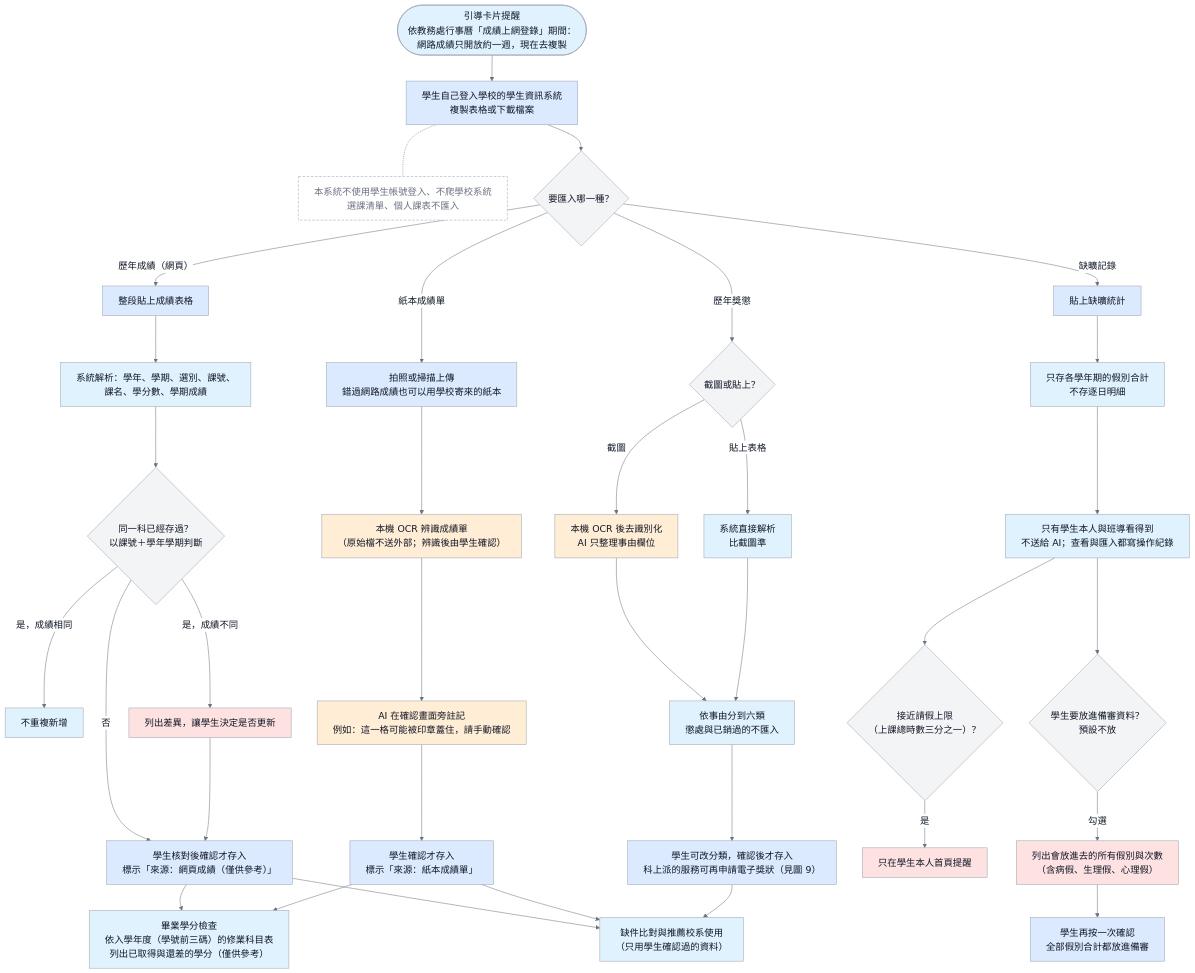
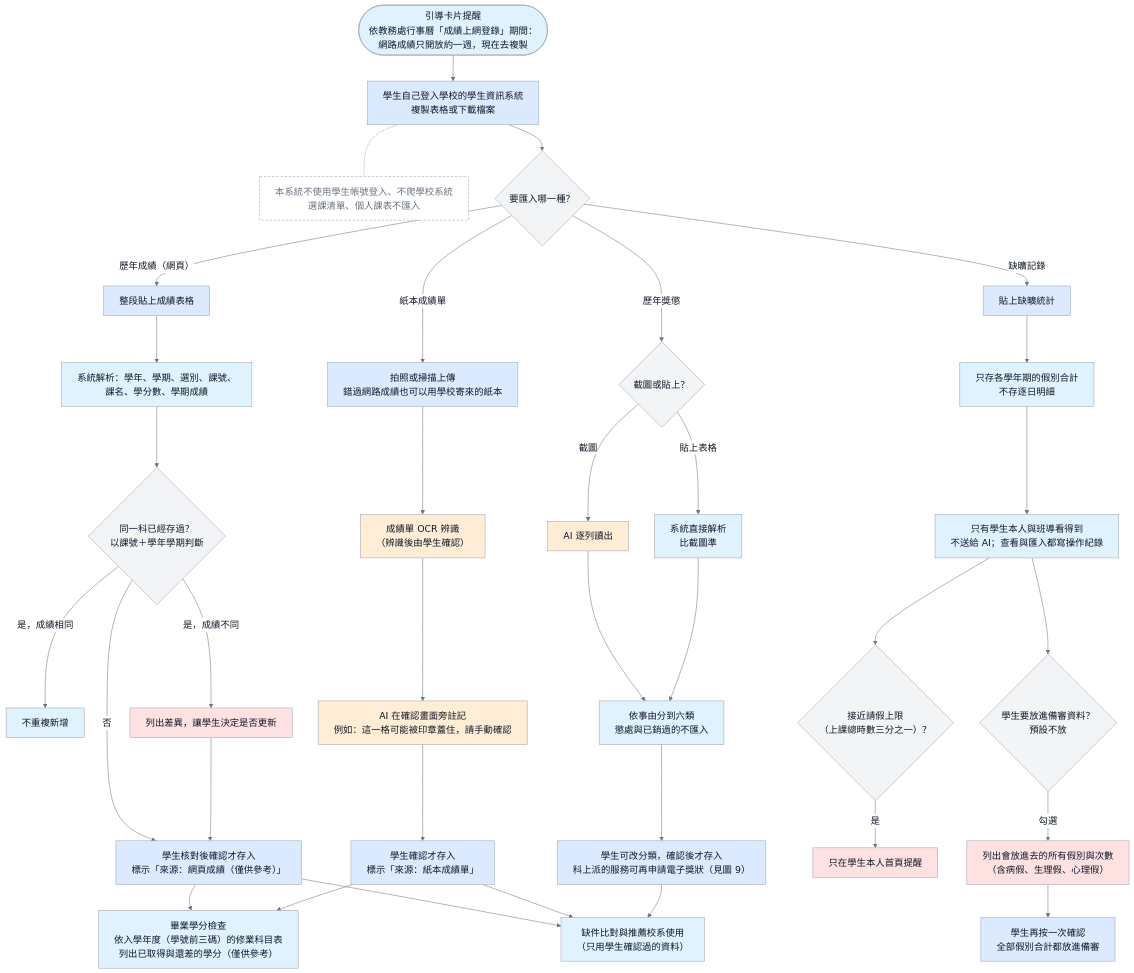
Before and after one commit to 111534107/smart-learning-portfolio-main: the diagram in docs/images/D-21-school-data-import-flow.mmd, drawn with Mermaid. The commit also changed 841 other files, not shown here.

```diff
--- a/docs/images/D-21-school-data-import-flow.mmd
+++ b/docs/images/D-21-school-data-import-flow.mmd
@@ -1,46 +1,46 @@
 %%{init: {'theme':'base','themeVariables': {'fontSize':'18px','fontFamily':'DFKai-SB, BiauKai, serif','primaryColor':'#F3F4F6','primaryTextColor':'#111827','primaryBorderColor':'#9CA3AF','lineColor':'#6B7280','edgeLabelBackground':'#FFFFFF'},'flowchart':{'wrappingWidth':400}}}%%
 flowchart TD
     classDef student fill:#DBEAFE,stroke:#9CA3AF,color:#111827,stroke-width:1px;
     classDef teacher fill:#DCFCE7,stroke:#9CA3AF,color:#111827,stroke-width:1px;
     classDef system fill:#E0F2FE,stroke:#9CA3AF,color:#111827,stroke-width:1px;
     classDef ai fill:#FFEDD5,stroke:#9CA3AF,color:#111827,stroke-width:1px;
     classDef alert fill:#FEE2E2,stroke:#9CA3AF,color:#111827,stroke-width:1px;
     classDef note fill:#FFFFFF,stroke:#9CA3AF,color:#6B7280,stroke-width:1px,stroke-dasharray:5 3;
 
     Card([引導卡片提醒<br/>依教務處行事曆「成績上網登錄」期間：<br/>網路成績只開放約一週，現在去複製]):::system --> Login[學生自己登入學校的學生資訊系統<br/>複製表格或下載檔案]:::student
     Login -.- Rule[本系統不使用學生帳號登入、不爬學校系統<br/>選課清單、個人課表不匯入]:::note
     Login --> Kind{要匯入哪一種？}
 
     Kind -- 歷年成績（網頁） --> PasteGrade[整段貼上成績表格]:::student
     PasteGrade --> ParseGrade[系統解析：學年、學期、選別、課號、<br/>課名、學分數、學期成績]:::system
     ParseGrade --> Dup{同一科已經存過？<br/>以課號＋學年學期判斷}
     Dup -- 是，成績相同 --> Skip[不重複新增]:::system
     Dup -- 是，成績不同 --> Diff[列出差異，讓學生決定是否更新]:::alert
     Dup -- 否 --> GradeConfirm
     Diff --> GradeConfirm[學生核對後確認才存入<br/>標示「來源：網頁成績（僅供參考）」]:::student
     Kind -- 紙本成績單 --> Paper[拍照或掃描上傳<br/>錯過網路成績也可以用學校寄來的紙本]:::student
-    Paper --> OCR[本機 OCR 辨識成績單<br/>（原始檔不送外部；辨識後由學生確認）]:::ai
+    Paper --> OCR[成績單 OCR 辨識<br/>（辨識後由學生確認）]:::ai
     OCR --> OCRNote[AI 在確認畫面旁註記<br/>例如：這一格可能被印章蓋住，請手動確認]:::ai
     OCRNote --> PaperConfirm[學生確認才存入<br/>標示「來源：紙本成績單」]:::student
 
     Kind -- 歷年獎懲 --> AwardWay{截圖或貼上？}
-    AwardWay -- 截圖 --> AwardAI[本機 OCR 後去識別化<br/>AI 只整理事由欄位]:::ai
+    AwardWay -- 截圖 --> AwardAI[AI 逐列讀出]:::ai
     AwardWay -- 貼上表格 --> AwardParse[系統直接解析<br/>比截圖準]:::system
     AwardAI --> AwardSort[依事由分到六類<br/>懲處與已銷過的不匯入]:::system
     AwardParse --> AwardSort
     AwardSort --> AwardConfirm[學生可改分類，確認後才存入<br/>科上派的服務可再申請電子獎狀（見圖 9）]:::student
 
     Kind -- 缺曠記錄 --> PasteAbs[貼上缺曠統計]:::student
     PasteAbs --> AbsSum[只存各學年期的假別合計<br/>不存逐日明細]:::system
     AbsSum --> AbsSee[只有學生本人與班導看得到<br/>不送給 AI；查看與匯入都寫操作紀錄]:::system
     AbsSee --> AbsWarn{接近請假上限<br/>（上課總時數三分之一）？}
     AbsWarn -- 是 --> AbsAlert[只在學生本人首頁提醒]:::alert
     AbsSee --> AbsPkg{學生要放進備審資料？<br/>預設不放}
     AbsPkg -- 勾選 --> AbsShow[列出會放進去的所有假別與次數<br/>（含病假、生理假、心理假）]:::alert
     AbsShow --> AbsOK[學生再按一次確認<br/>全部假別合計都放進備審]:::student
 
     GradeConfirm --> Check[畢業學分檢查<br/>依入學年度（學號前三碼）的修業科目表<br/>列出已取得與還差的學分（僅供參考）]:::system
     PaperConfirm --> Check
     GradeConfirm --> Gap[缺件比對與推薦校系使用<br/>（只用學生確認過的資料）]:::system
     PaperConfirm --> Gap
     AwardConfirm --> Gap
```
